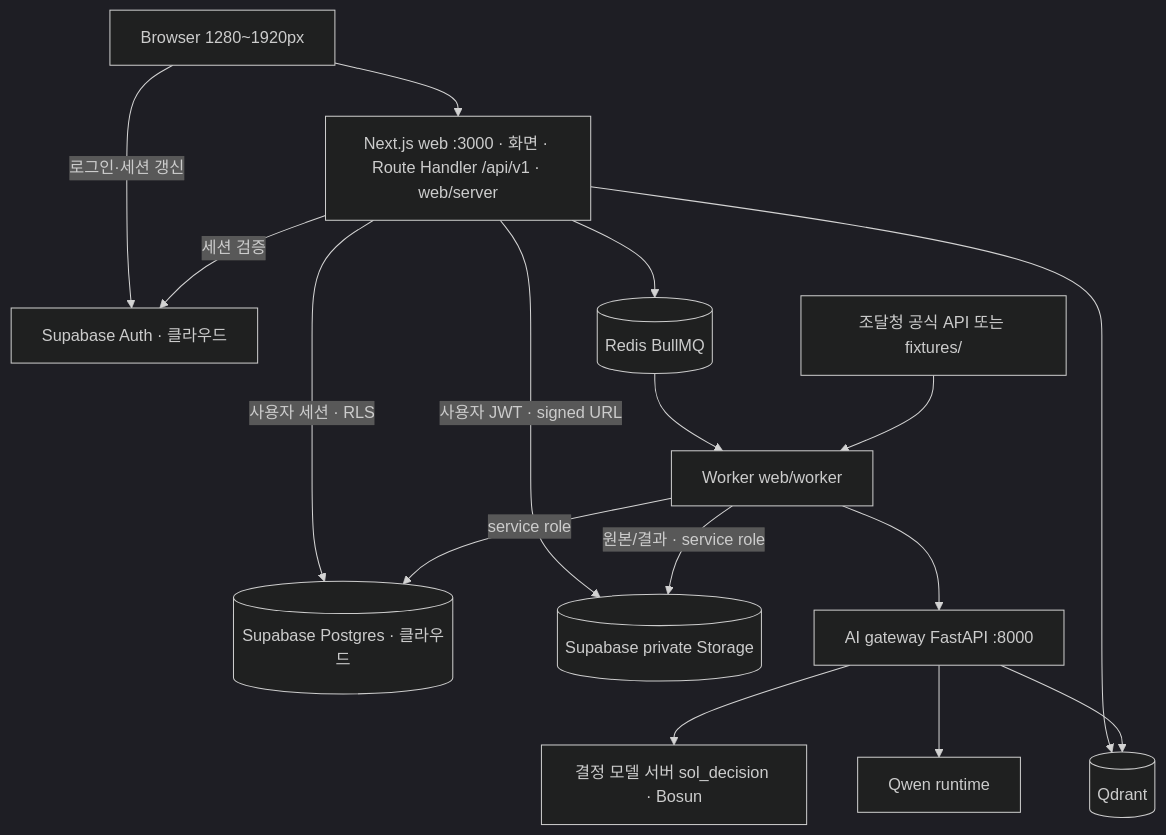
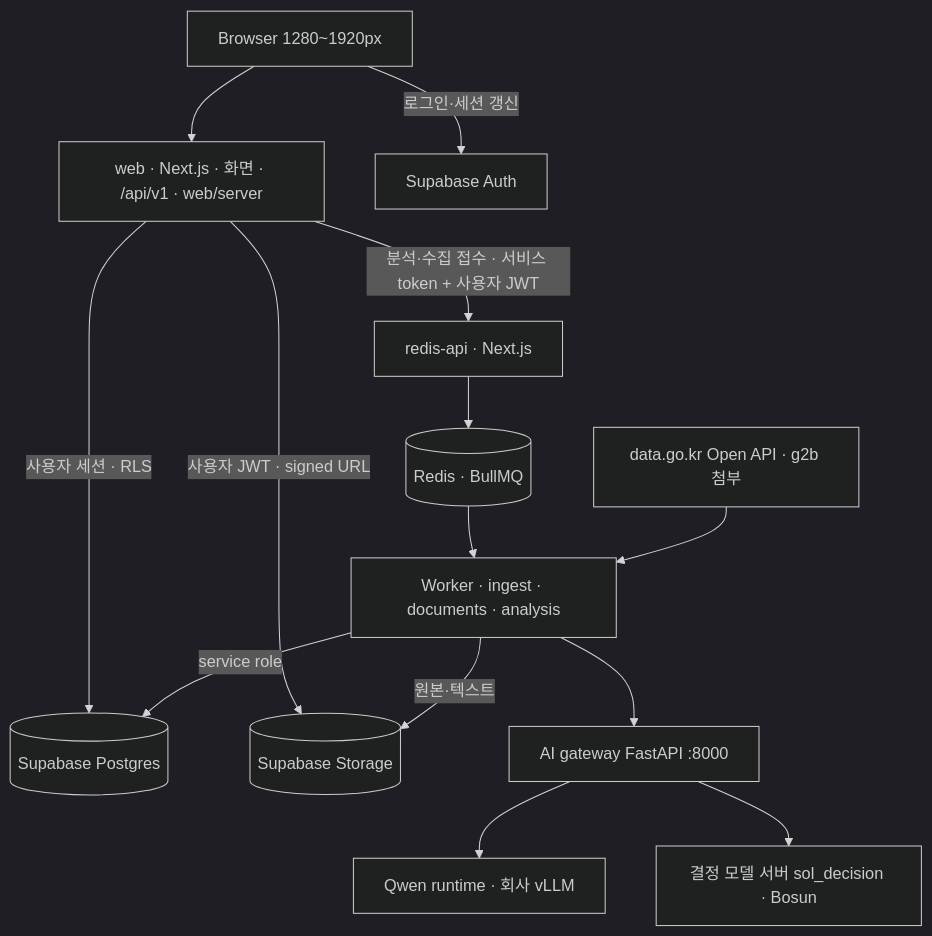
Before and after one commit to solideoai/sol-radar: the first of 3 diagrams in docs/02-ARCHITECTURE.md, drawn with Mermaid (dark theme). The commit also changed other lines of this file and 2 other files, not shown here.

````diff
--- a/docs/02-ARCHITECTURE.md
+++ b/docs/02-ARCHITECTURE.md
@@ -48,18 +45,16 @@
 ```mermaid
 flowchart TB
- U["Browser 1280~1920px"] --> N["Next.js web :3000 · 화면 · Route Handler /api/v1 · web/server"]
- U -- 로그인·세션 갱신 --> SA["Supabase Auth · 클라우드"]
- N -- 세션 검증 --> SA
- N -- 사용자 세션 · RLS --> PG[("Supabase Postgres · 클라우드")]
- N --> R[("Redis BullMQ")]
- N -- 사용자 JWT · signed URL --> ST[("Supabase private Storage")]
- WORK -- 원본/결과 · service role --> ST
- N --> QD[("Qdrant")]
- R --> WORK["Worker web/worker"]
- WORK --> AI["AI gateway FastAPI :8000"]
+ U["Browser 1280~1920px"] --> V["web · Next.js · 화면 · /api/v1 · web/server"]
+ U -- 로그인·세션 갱신 --> SA["Supabase Auth"]
+ V -- 사용자 세션 · RLS --> PG[("Supabase Postgres")]
+ V -- 사용자 JWT · signed URL --> ST[("Supabase Storage")]
+ V -- "분석·수집 접수 · 서비스 token + 사용자 JWT" --> RA["redis-api · Next.js"]
+ RA --> R[("Redis · BullMQ")]
+ R --> W["Worker · ingest · documents · analysis"]
+ EXT["data.go.kr Open API · g2b 첨부"] --> W
+ W -- service role --> PG
+ W -- 원본·텍스트 --> ST
+ W --> AI["AI gateway FastAPI :8000"]
+ AI --> QW["Qwen runtime · 회사 vLLM"]
  AI --> KEV["결정 모델 서버 sol_decision · Bosun"]
- AI --> QW["Qwen runtime"]
- AI --> QD
- WORK -- service role --> PG
- EXT["조달청 공식 API 또는 fixtures/"] --> WORK
 ```
````
